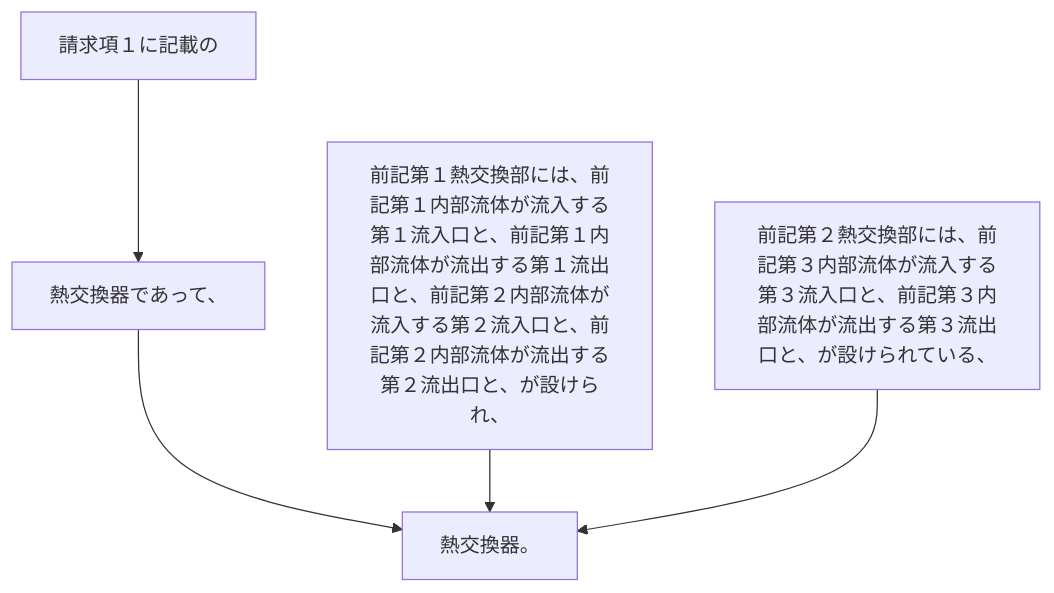
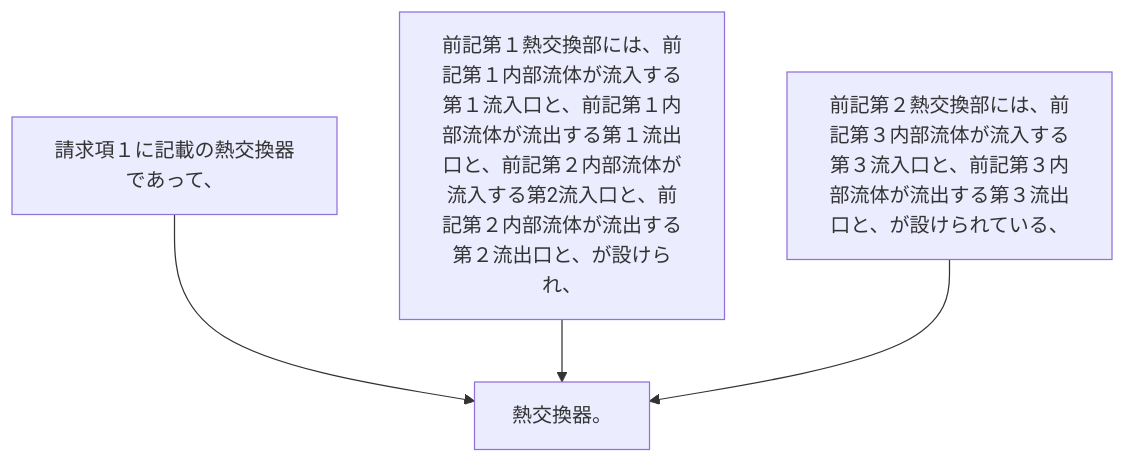
Before and after one commit to shinmori55/patent_analyzed: the diagram in 2024/JP2024007944A/claim_7/claim_7_graph.md, drawn with Mermaid. The commit also changed 3332 other files, not shown here.

````diff
--- a/2024/JP2024007944A/claim_7/claim_7_graph.md
+++ b/2024/JP2024007944A/claim_7/claim_7_graph.md
@@ -1,12 +1,10 @@
 ```mermaid
 flowchart TD
-A[請求項１に記載の]
-B[熱交換器であって、]
-C[前記第１熱交換部には、前記第１内部流体が流入する第１流入口と、前記第１内部流体が流出する第１流出口と、前記第２内部流体が流入する第２流入口と、前記第２内部流体が流出する第２流出口と、が設けられ、]
-D[前記第２熱交換部には、前記第３内部流体が流入する第３流入口と、前記第３内部流体が流出する第３流出口と、が設けられている、]
-E[熱交換器。]
-A --> B
-B --> E
-C --> E
-D --> E
+A[請求項１に記載の熱交換器であって、]
+B[前記第１熱交換部には、前記第１内部流体が流入する第１流入口と、前記第１内部流体が流出する第１流出口と、前記第２内部流体が流入する第2流入口と、前記第２内部流体が流出する第２流出口と、が設けられ、]
+C[前記第２熱交換部には、前記第３内部流体が流入する第３流入口と、前記第３内部流体が流出する第３流出口と、が設けられている、]
+D[熱交換器。]
+A --> D
+B --> D
+C --> D
 ```
````
